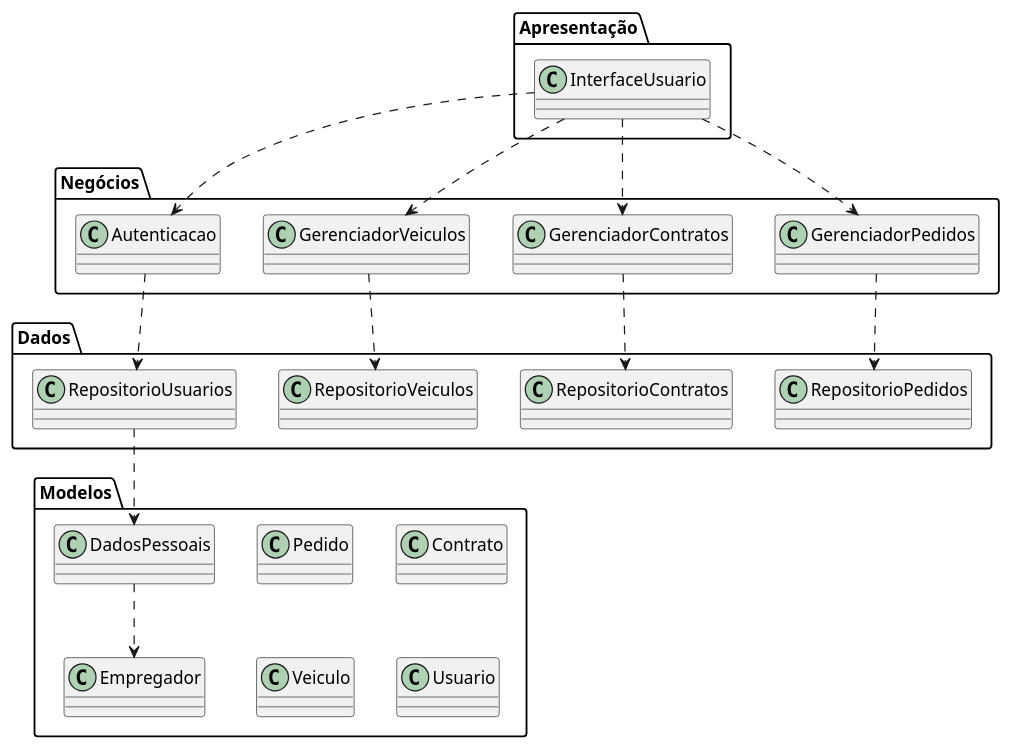
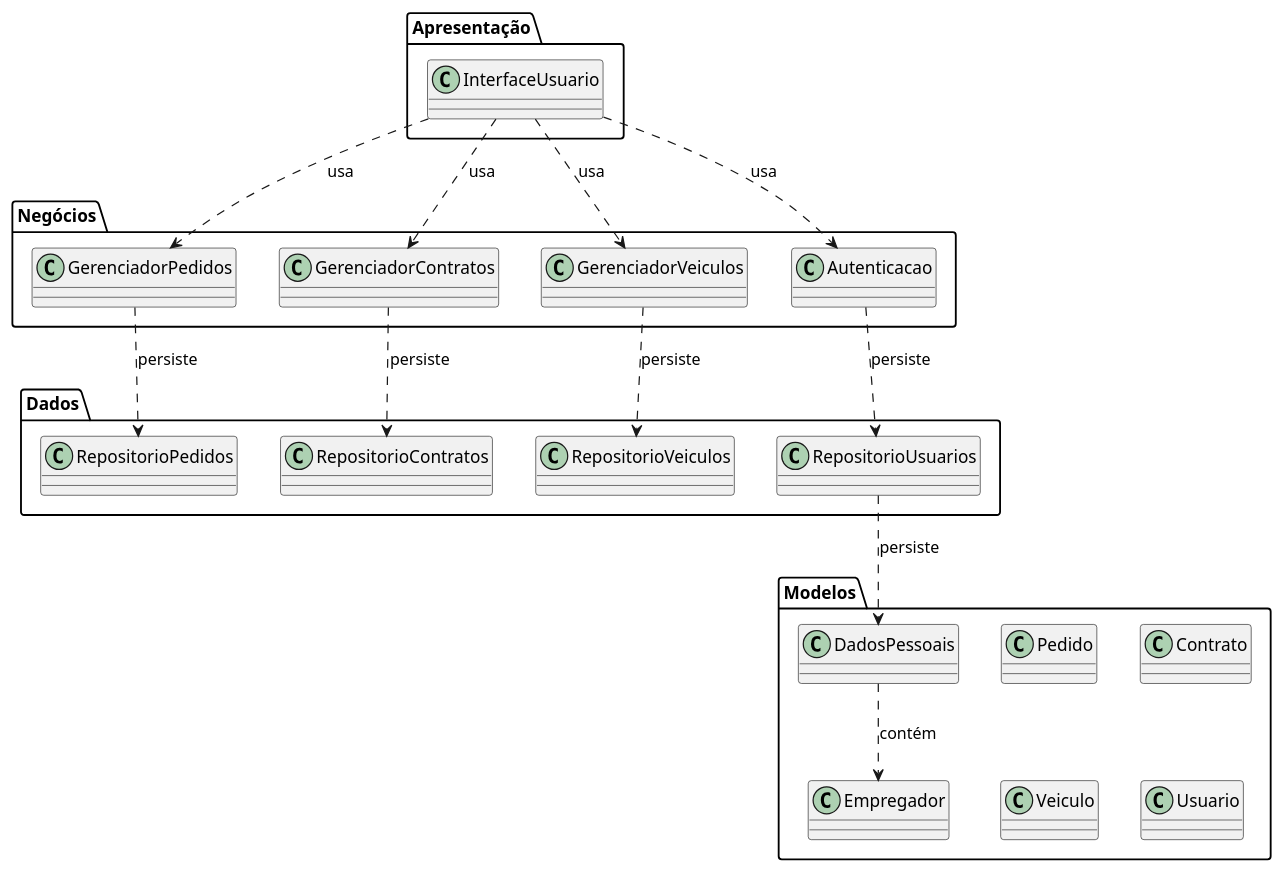
The diagram in projeto/Diagramas/diagrama-de-pacotes.puml (diascw/sistema-aluguel-de-carros), drawn with PlantUML before and after one commit. The commit also changed 3 other files, not shown here.

Commit message:
atualização dos diagramas

```diff
--- a/projeto/Diagramas/diagrama-de-pacotes.puml
+++ b/projeto/Diagramas/diagrama-de-pacotes.puml
@@ -1,45 +1,43 @@
 @startuml
 
 package "Apresentação" {
     class InterfaceUsuario
 }
 
 package "Negócios" {
     class GerenciadorPedidos
     class GerenciadorContratos
     class GerenciadorVeiculos
     class Autenticacao
 }
 
 package "Dados" {
     class RepositorioPedidos
     class RepositorioContratos
     class RepositorioVeiculos
     class RepositorioUsuarios
 }
 
 package "Modelos" {
     class Pedido
     class Contrato
     class Veiculo
     class Usuario
     class DadosPessoais
     class Empregador
 }
 
-' Definindo o estilo das setas e conectando os pacotes de forma limpa
-InterfaceUsuario -[hidden]-> GerenciadorPedidos
-InterfaceUsuario ..> GerenciadorPedidos
-InterfaceUsuario ..> GerenciadorContratos
-InterfaceUsuario ..> GerenciadorVeiculos
-InterfaceUsuario ..> Autenticacao
+InterfaceUsuario ..> GerenciadorPedidos : usa
+InterfaceUsuario ..> GerenciadorContratos : usa
+InterfaceUsuario ..> GerenciadorVeiculos : usa
+InterfaceUsuario ..> Autenticacao : usa
 
-GerenciadorPedidos ..> RepositorioPedidos
-GerenciadorContratos ..> RepositorioContratos
-GerenciadorVeiculos ..> RepositorioVeiculos
-Autenticacao ..> RepositorioUsuarios
+GerenciadorPedidos ..> RepositorioPedidos : persiste
+GerenciadorContratos ..> RepositorioContratos : persiste
+GerenciadorVeiculos ..> RepositorioVeiculos : persiste
+Autenticacao ..> RepositorioUsuarios : persiste
 
-RepositorioUsuarios ..> DadosPessoais
-DadosPessoais ..> Empregador
+RepositorioUsuarios ..> DadosPessoais : persiste
+DadosPessoais ..> Empregador : contém
 
 @enduml
```
